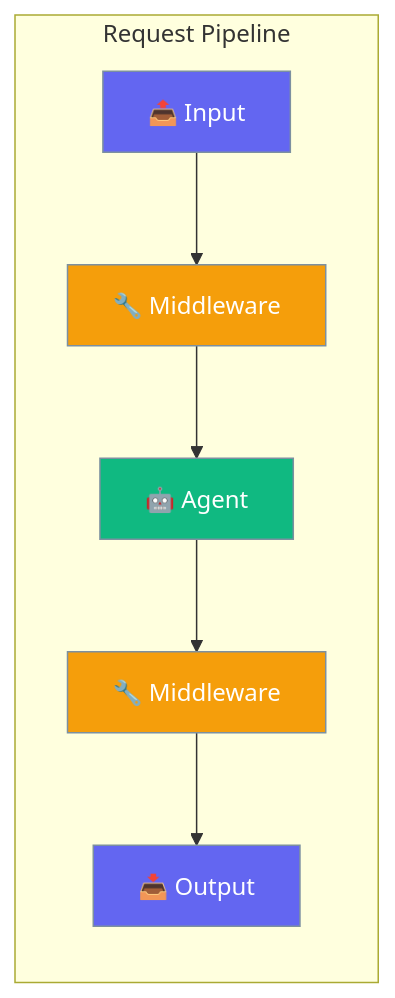
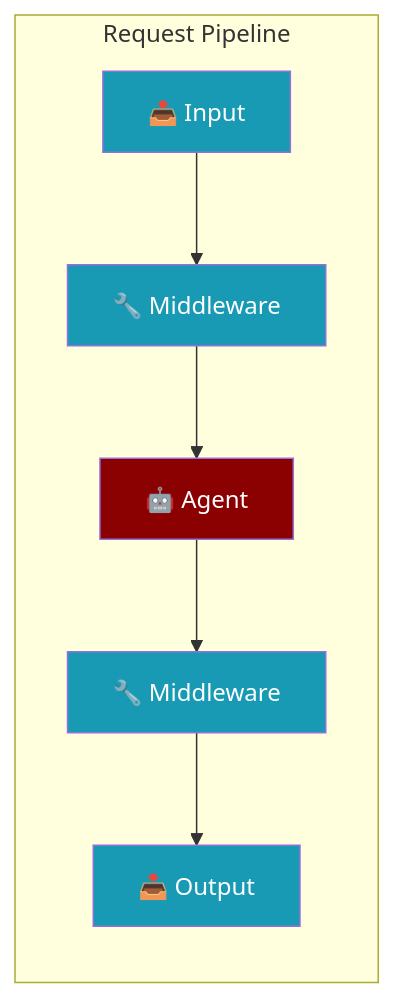
One commit to MervinPraison/PraisonAIDocs changed the first of 2 diagrams in docs/js/middleware.mdx. Above: the diagram before and after it, drawn with Mermaid. The commit also changed 14 other files, not shown here.

````diff
--- a/docs/js/middleware.mdx
+++ b/docs/js/middleware.mdx
@@ -10,17 +10,15 @@
 ```mermaid
 graph LR
     subgraph "Request Pipeline"
         A[📤 Input] --> B[🔧 Middleware]
         B --> C[🤖 Agent]
         C --> D[🔧 Middleware]
         D --> E[📥 Output]
     end
-    
-    classDef io fill:#6366F1,stroke:#7C90A0,color:#fff
-    classDef middleware fill:#F59E0B,stroke:#7C90A0,color:#fff
-    classDef agent fill:#10B981,stroke:#7C90A0,color:#fff
-    
-    class A,E io
-    class B,D middleware
+
+    classDef agent fill:#8B0000,color:#fff
+    classDef tool fill:#189AB4,color:#fff
+
     class C agent
+    class A,B,D,E tool
 ```
````
